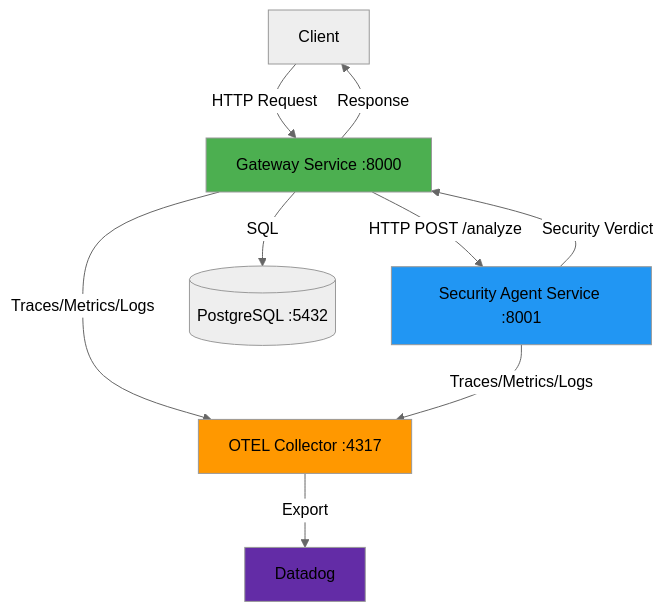
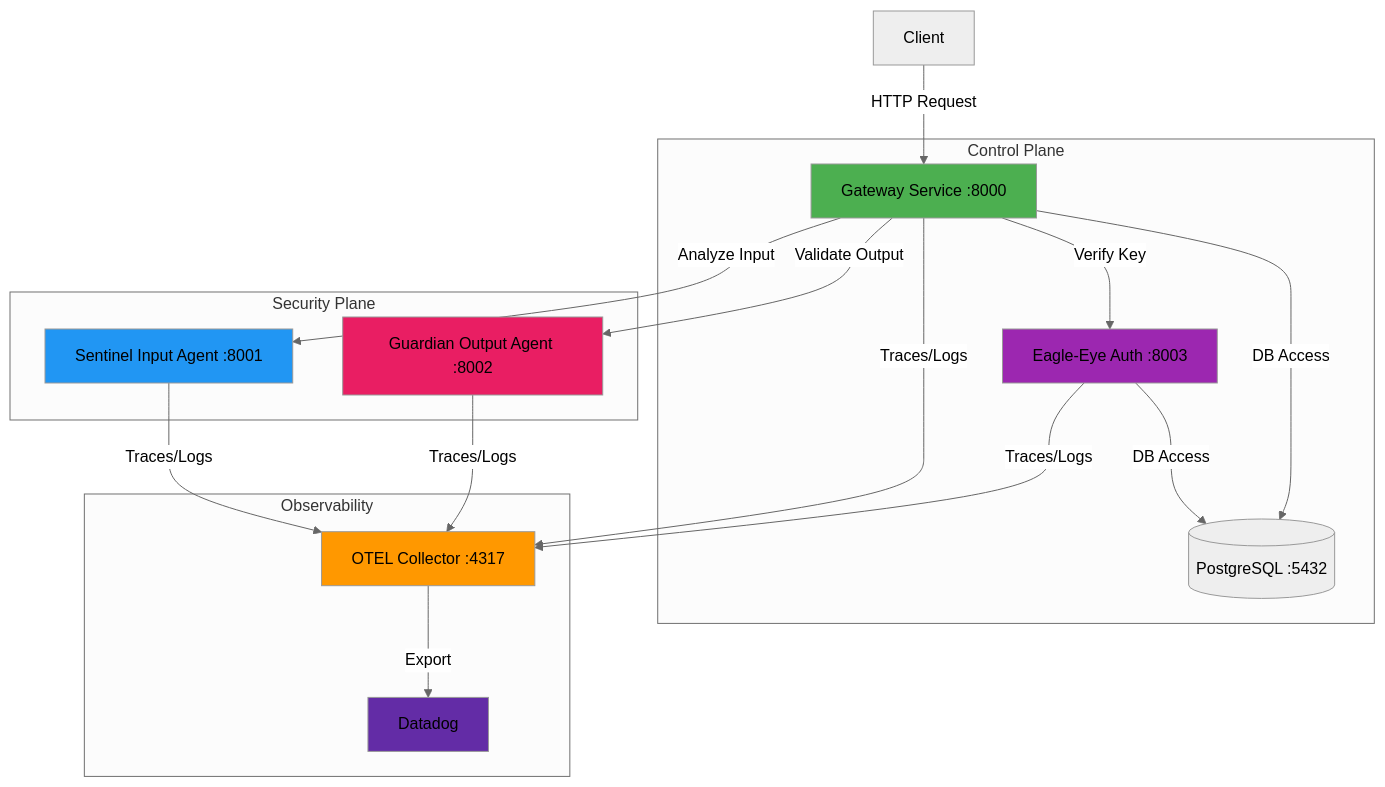
Before and after one commit to vaisu-bhut/ClestiqShield-AgentCore: the first of 2 diagrams in README.md, drawn with Mermaid (neutral theme). The commit also changed other lines of this file, not shown here.

Commit message:
v2.1 ready with Datadog compliance

````diff
--- a/README.md
+++ b/README.md
@@ -118,18 +86,30 @@
 ```mermaid
 graph TB
     Client[Client] -->|HTTP Request| Gateway[Gateway Service :8000]
-    Gateway -->|HTTP POST /analyze| Security[Security Agent Service :8001]
-    Security -->|Security Verdict| Gateway
-    Gateway -->|Response| Client
     
-    Gateway -->|Traces/Metrics/Logs| OTEL[OTEL Collector :4317]
-    Security -->|Traces/Metrics/Logs| OTEL
-    OTEL -->|Export| Datadog[Datadog]
+    subgraph "Control Plane"
+        Gateway -->|Verify Key| EagleEye[Eagle-Eye Auth :8003]
+        EagleEye -->|DB Access| DB[(PostgreSQL :5432)]
+    end
     
-    Gateway -->|SQL| DB[(PostgreSQL :5432)]
+    subgraph "Security Plane"
+        Gateway -->|Analyze Input| Sentinel[Sentinel Input Agent :8001]
+        Gateway -->|Validate Output| Guardian[Guardian Output Agent :8002]
+        Gateway -->|DB Access| DB
+    end
     
+    subgraph "Observability"
+        Gateway -->|Traces/Logs| OTEL[OTEL Collector :4317]
+        Sentinel -->|Traces/Logs| OTEL
+        Guardian -->|Traces/Logs| OTEL
+        EagleEye -->|Traces/Logs| OTEL
+        OTEL -->|Export| Datadog[Datadog]
+    end
+
     style Gateway fill:#4CAF50
-    style Security fill:#2196F3
+    style EagleEye fill:#9C27B0
+    style Sentinel fill:#2196F3
+    style Guardian fill:#E91E63
     style OTEL fill:#FF9800
     style Datadog fill:#632CA6
 ```
````
